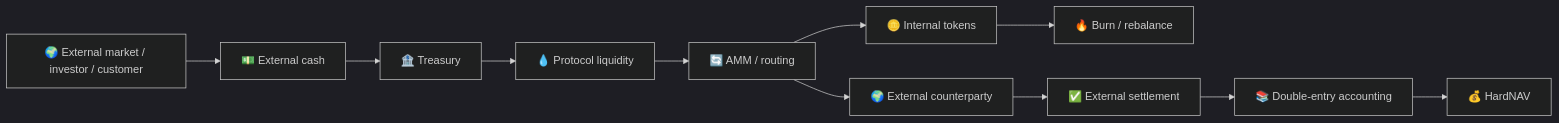
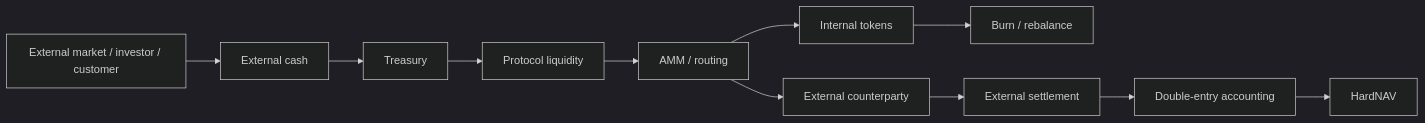
Before and after one commit to Shtenco/print_money_synergychain: the diagram in README.md, drawn with Mermaid (dark theme). The commit also changed other lines of this file, not shown here.

````diff
--- a/README.md
+++ b/README.md
@@ -76,13 +76,13 @@
 ```mermaid
 flowchart LR
-    EXT[🌍 External market / investor / customer] --> CASH[💵 External cash]
-    CASH --> TREAS[🏦 Treasury]
-    TREAS --> POOL[💧 Protocol liquidity]
-    POOL --> AMM[🔄 AMM / routing]
-    AMM --> EXT2[🌍 External counterparty]
-    AMM --> INT[🪙 Internal tokens]
-    INT --> BURN[🔥 Burn / rebalance]
-    EXT2 --> SETTLE[✅ External settlement]
-    SETTLE --> LEDGER[📚 Double-entry accounting]
-    LEDGER --> NAV[💰 HardNAV]
+    EXT[ External market / investor / customer] --> CASH[ External cash]
+    CASH --> TREAS[ Treasury]
+    TREAS --> POOL[ Protocol liquidity]
+    POOL --> AMM[ AMM / routing]
+    AMM --> EXT2[ External counterparty]
+    AMM --> INT[ Internal tokens]
+    INT --> BURN[ Burn / rebalance]
+    EXT2 --> SETTLE[ External settlement]
+    SETTLE --> LEDGER[ Double-entry accounting]
+    LEDGER --> NAV[ HardNAV]
 ```
````
